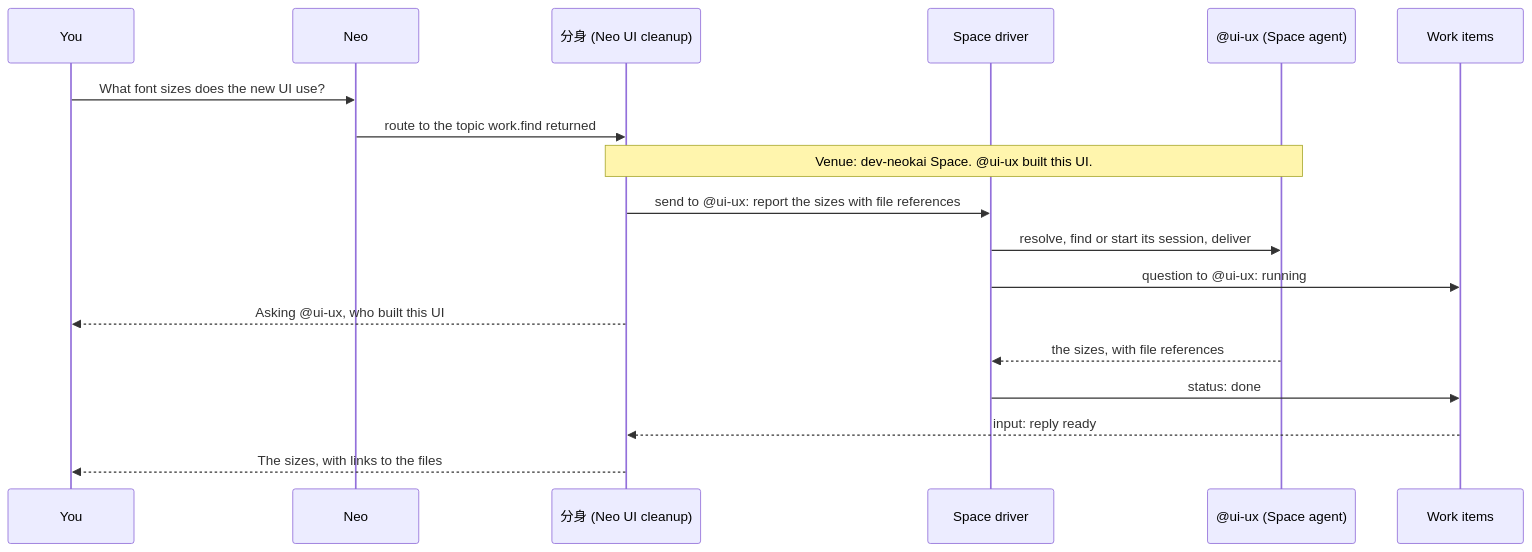
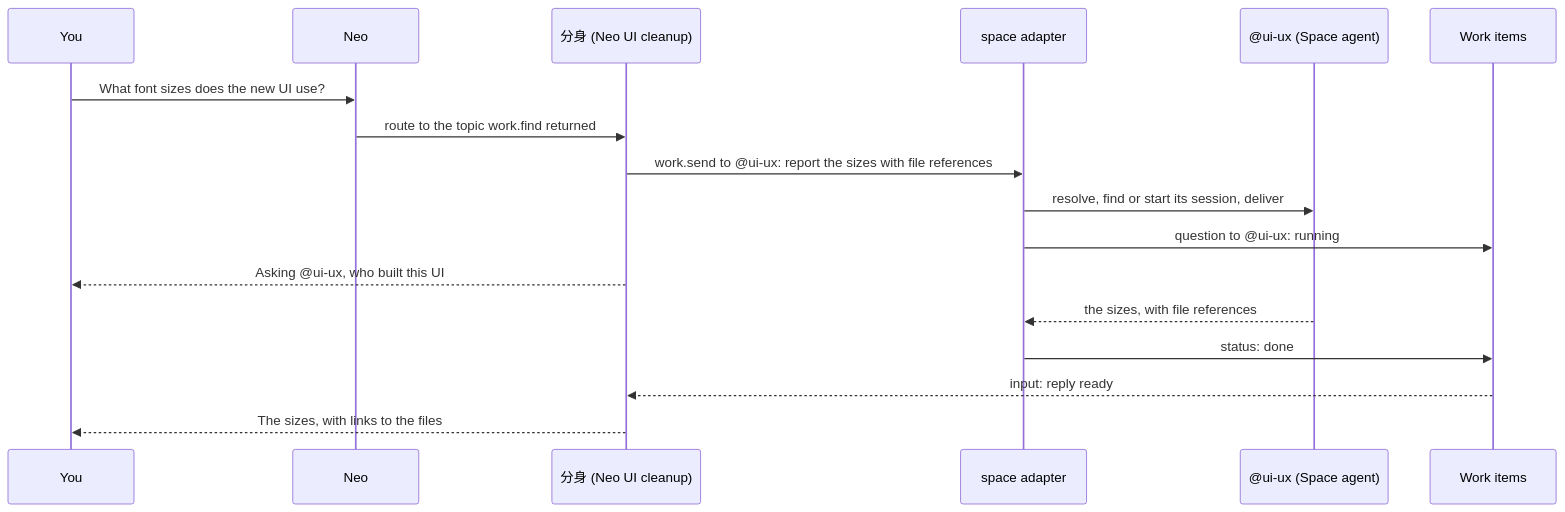
One commit to lsm/HyperNeo changed the sixth of 11 diagrams in docs/architecture/neo-driver-model.md. Above: the diagram before and after it, drawn with Mermaid. The commit also changed other lines of this file, not shown here.

First line of the commit message:
docs: revise the Neo driver model around swappable adapters

````diff
--- a/docs/architecture/neo-driver-model.md
+++ b/docs/architecture/neo-driver-model.md
@@ -253,20 +321,19 @@
 ```mermaid
 sequenceDiagram
   participant You
   participant Neo
   participant H as 分身 (Neo UI cleanup)
-  participant D as Space driver
+  participant D as space adapter
   participant A as @ui-ux (Space agent)
   participant W as Work items
   You->>Neo: What font sizes does the new UI use?
   Neo->>H: route to the topic work.find returned
-  Note over H,A: Venue: dev-neokai Space. @ui-ux built this UI.
-  H->>D: send to @ui-ux: report the sizes with file references
+  H->>D: work.send to @ui-ux: report the sizes with file references
   D->>A: resolve, find or start its session, deliver
   D->>W: question to @ui-ux: running
   H-->>You: Asking @ui-ux, who built this UI
   A-->>D: the sizes, with file references
   D->>W: status: done
   W-->>H: input: reply ready
   H-->>You: The sizes, with links to the files
 ```
````
